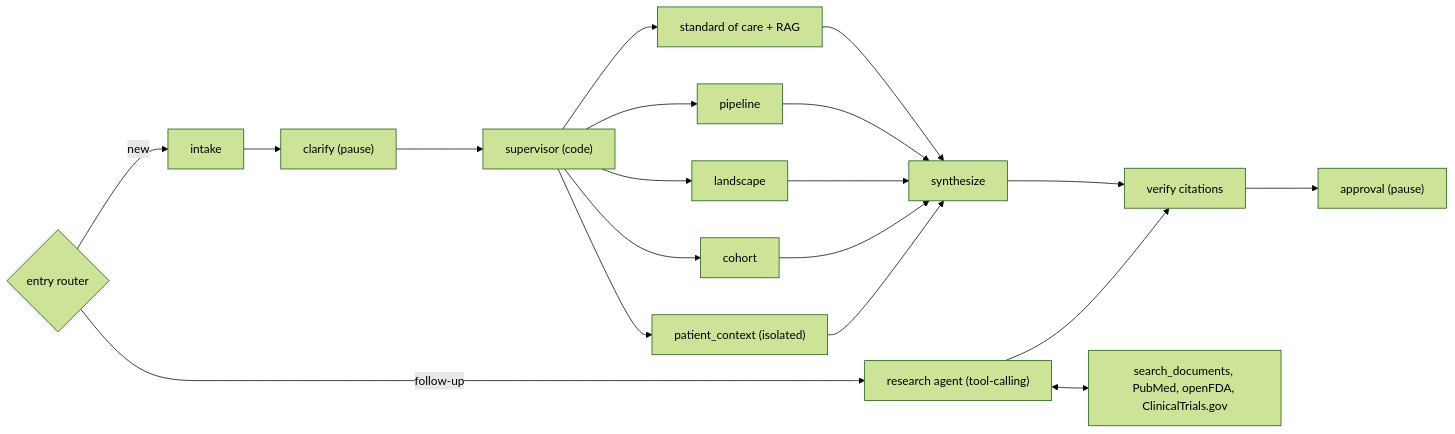
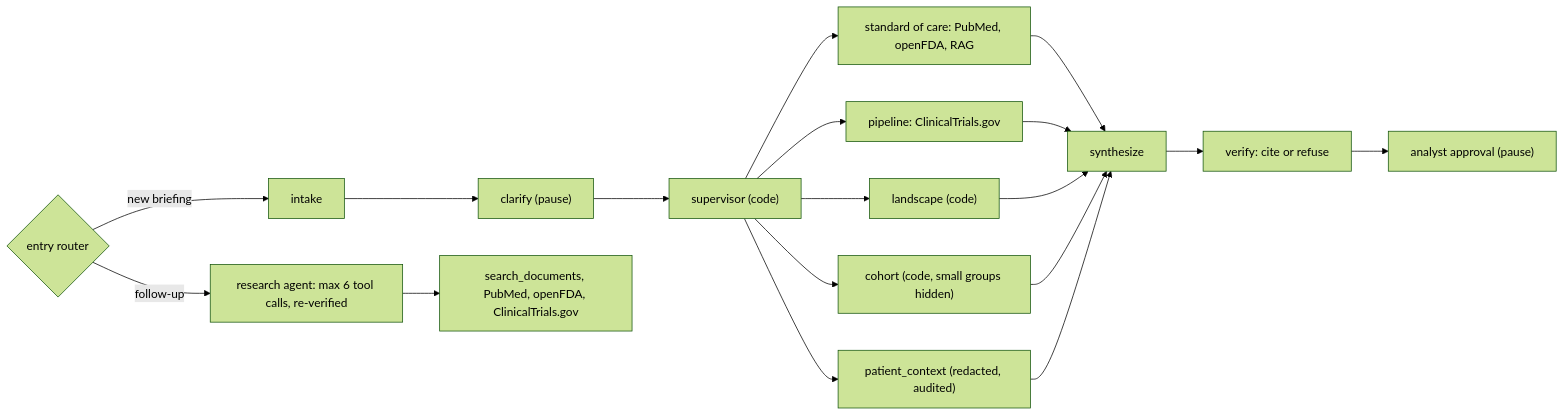
One commit to shanto12/condition-briefing-agent changed the diagram in docs/PRESENTATION.md. Above: the diagram before and after it, drawn with Mermaid (forest theme). The commit also changed other lines of this file and 47 other files, not shown here.

Commit message:
Sync full working state: RAG corpus, agentic follow-ups, evals, tests, monitoring docs

````diff
--- a/docs/PRESENTATION.md
+++ b/docs/PRESENTATION.md
@@ -38,9 +50,17 @@
 ```mermaid
 flowchart LR
-    entry{"entry router"} -->|new| intake --> clarify["clarify (pause)"] --> sup["supervisor (code)"]
-    entry -->|follow-up| agent["research agent (tool-calling)"]
-    sup --> soc["standard of care + RAG"] & pipe[pipeline] & land[landscape] & cohort[cohort] & pt["patient_context (isolated)"]
-    soc & pipe & land & cohort & pt --> synth[synthesize] --> verify["verify citations"] --> approve["approval (pause)"]
-    agent <--> tools["search_documents, PubMed, openFDA, ClinicalTrials.gov"]
-    agent --> verify
+    entry{"entry router"} -->|new briefing| intake --> clarify["clarify (pause)"] --> sup["supervisor (code)"]
+    entry -->|follow-up| agent["research agent: max 6 tool calls, re-verified"]
+    sup --> soc["standard of care: PubMed, openFDA, RAG"]
+    sup --> pipe["pipeline: ClinicalTrials.gov"]
+    sup --> land["landscape (code)"]
+    sup --> cohort["cohort (code, small groups hidden)"]
+    sup --> pt["patient_context (redacted, audited)"]
+    soc --> synth[synthesize]
+    pipe --> synth
+    land --> synth
+    cohort --> synth
+    pt --> synth
+    synth --> verify["verify: cite or refuse"] --> approve["analyst approval (pause)"]
+    agent --> tools["search_documents, PubMed, openFDA, ClinicalTrials.gov"]
 ```
````
